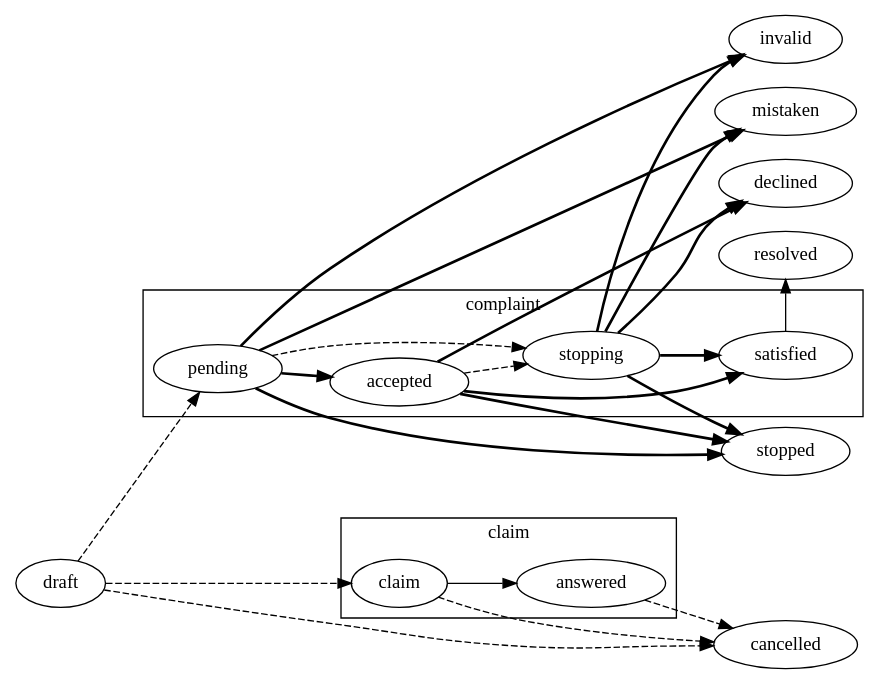
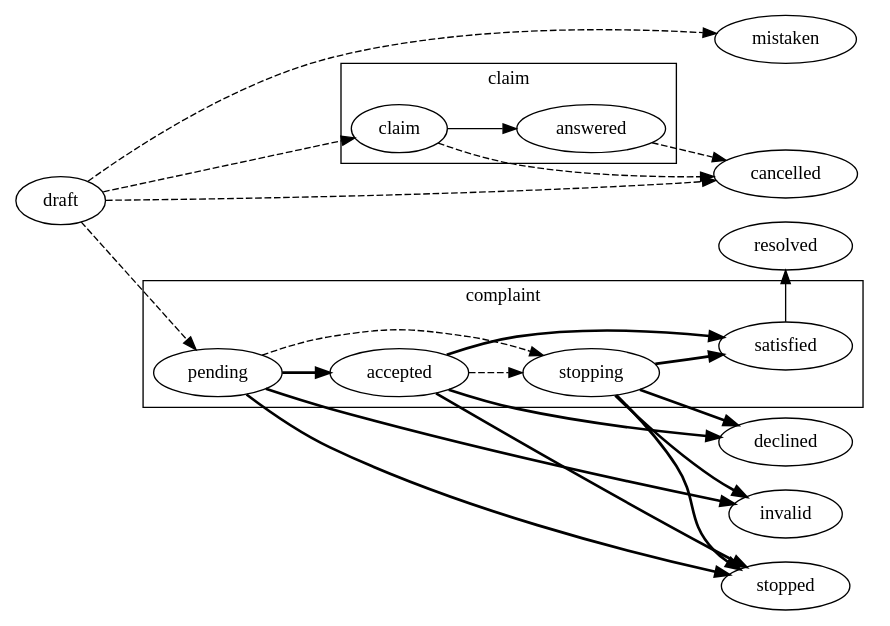
One commit to ProzorroUKR/prozorro-docs changed the second of 2 diagrams in docs/source/tendering/defense/complaints.rst. Above: the diagram before and after it, drawn with Graphviz. The commit also changed other lines of this file and 147 other files, not shown here.

```diff
--- a/docs/source/tendering/defense/complaints.rst
+++ b/docs/source/tendering/defense/complaints.rst
@@ -56,26 +55,25 @@
 .. graphviz::
 
     digraph G {
         rankdir=LR;
         {rank=same; mistaken; invalid; resolved; declined; stopped; cancelled;}
         subgraph cluster_complaint {
             label = "complaint";
             pending; accepted; stopping; satisfied;
         }
         subgraph cluster_claim {
             label = "claim";
             claim; answered;
         }
         claim -> answered;
         satisfied -> resolved;
         edge[style=dashed];
-        draft -> {claim,pending};
+        draft -> {claim,pending,mistaken};
         {draft,claim,answered} -> cancelled;
         pending -> stopping;
         accepted -> stopping;
         edge[style=bold];
         pending -> {accepted,invalid,stopped};
         stopping -> {stopped,invalid,declined,satisfied};
         accepted -> {declined,satisfied,stopped};
-        {pending;stopping} -> mistaken;
     }
```
